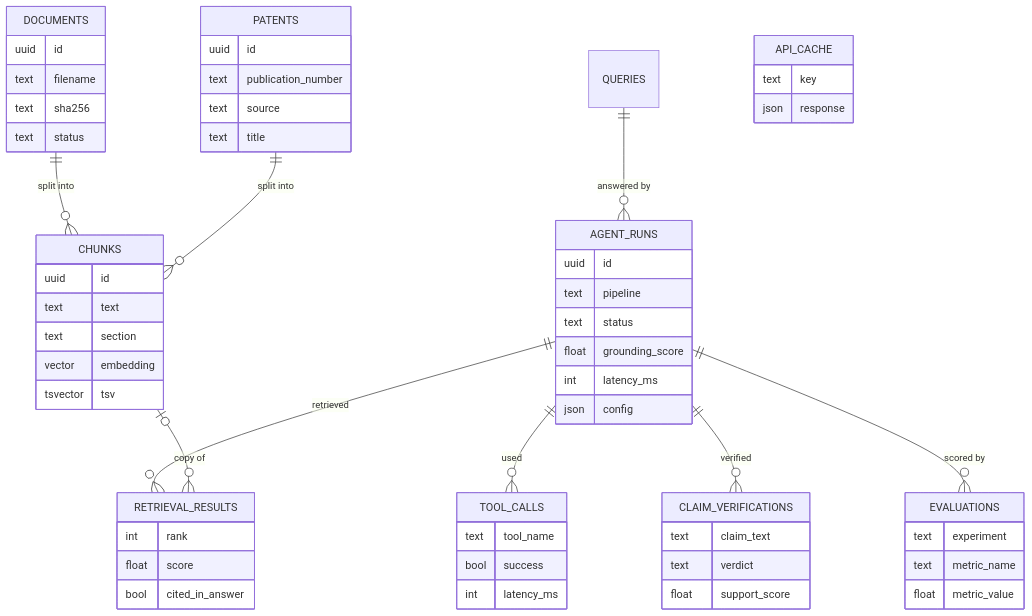
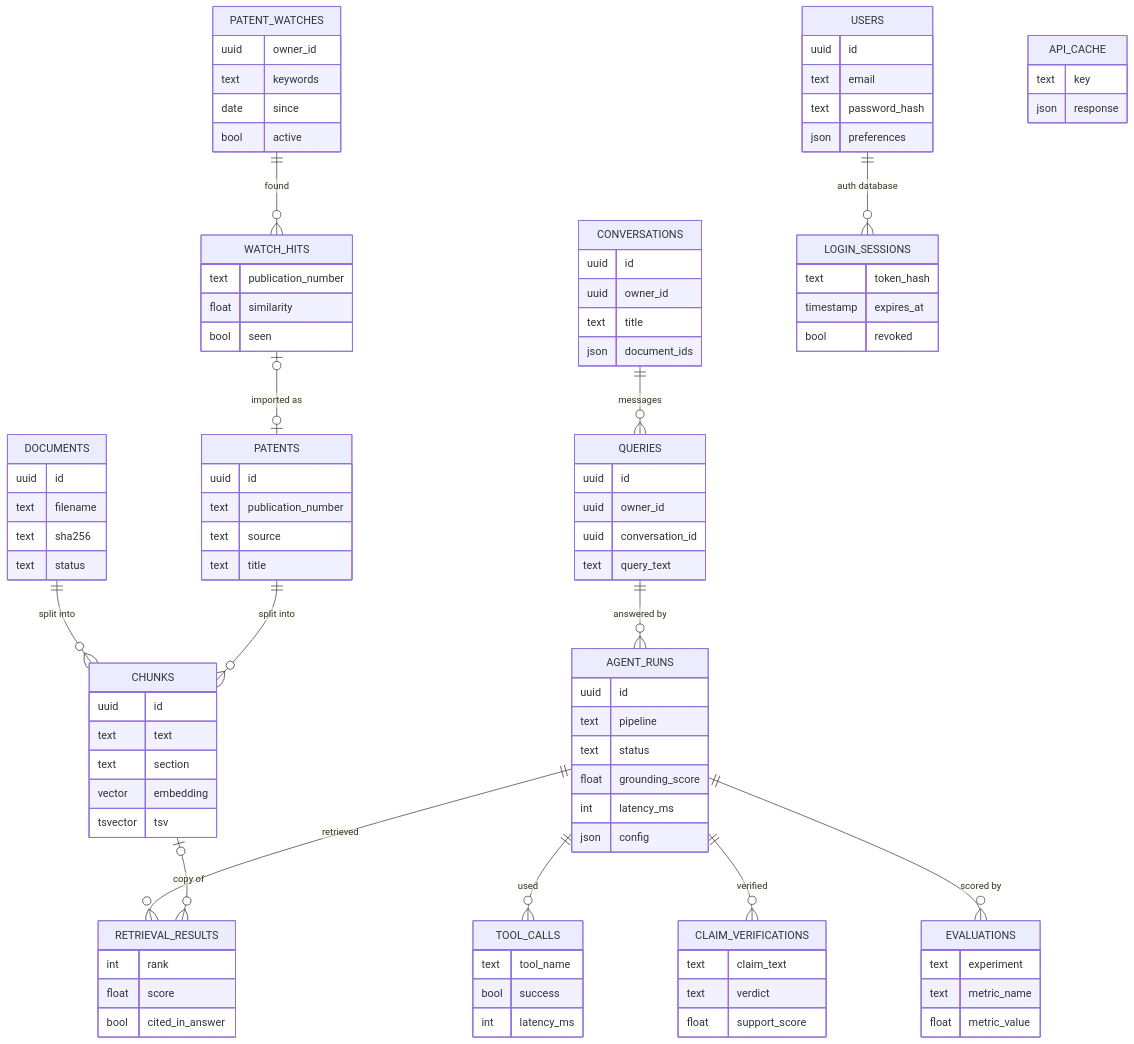
The diagram in docs/diagrams/6_database.mmd (saharsh-lab/Agentic-RAG-System-for-Patent-analysis), drawn with Mermaid before and after one commit. The commit also changed 21 other files, not shown here.

```diff
--- a/docs/diagrams/6_database.mmd
+++ b/docs/diagrams/6_database.mmd
@@ -1,60 +1,98 @@
 erDiagram
     DOCUMENTS ||--o{ CHUNKS : "split into"
     PATENTS ||--o{ CHUNKS : "split into"
     QUERIES ||--o{ AGENT_RUNS : "answered by"
     AGENT_RUNS ||--o{ TOOL_CALLS : "used"
     AGENT_RUNS ||--o{ RETRIEVAL_RESULTS : "retrieved"
     AGENT_RUNS ||--o{ CLAIM_VERIFICATIONS : "verified"
     AGENT_RUNS ||--o{ EVALUATIONS : "scored by"
     CHUNKS |o--o{ RETRIEVAL_RESULTS : "copy of"
+    CONVERSATIONS ||--o{ QUERIES : "messages"
+    PATENT_WATCHES ||--o{ WATCH_HITS : "found"
+    WATCH_HITS |o--o| PATENTS : "imported as"
+    USERS ||--o{ LOGIN_SESSIONS : "auth database"
     DOCUMENTS {
         uuid id
         text filename
         text sha256
         text status
     }
     PATENTS {
         uuid id
         text publication_number
         text source
         text title
     }
     CHUNKS {
         uuid id
         text text
         text section
         vector embedding
         tsvector tsv
     }
     AGENT_RUNS {
         uuid id
         text pipeline
         text status
         float grounding_score
         int latency_ms
         json config
     }
     TOOL_CALLS {
         text tool_name
         bool success
         int latency_ms
     }
     RETRIEVAL_RESULTS {
         int rank
         float score
         bool cited_in_answer
     }
     CLAIM_VERIFICATIONS {
         text claim_text
         text verdict
         float support_score
     }
     EVALUATIONS {
         text experiment
         text metric_name
         float metric_value
     }
     API_CACHE {
         text key
         json response
     }
+    CONVERSATIONS {
+        uuid id
+        uuid owner_id
+        text title
+        json document_ids
+    }
+    PATENT_WATCHES {
+        uuid owner_id
+        text keywords
+        date since
+        bool active
+    }
+    WATCH_HITS {
+        text publication_number
+        float similarity
+        bool seen
+    }
+    USERS {
+        uuid id
+        text email
+        text password_hash
+        json preferences
+    }
+    LOGIN_SESSIONS {
+        text token_hash
+        timestamp expires_at
+        bool revoked
+    }
+    QUERIES {
+        uuid id
+        uuid owner_id
+        uuid conversation_id
+        text query_text
+    }
```
